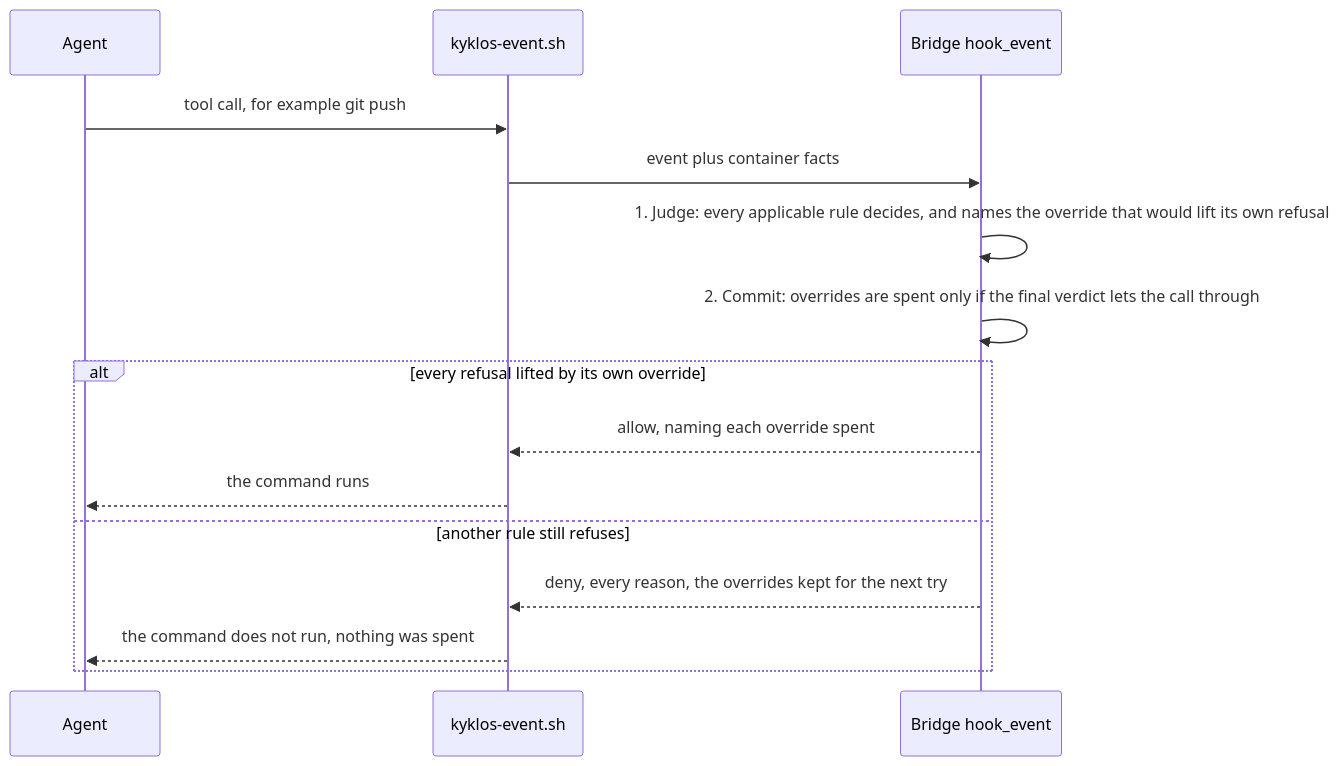
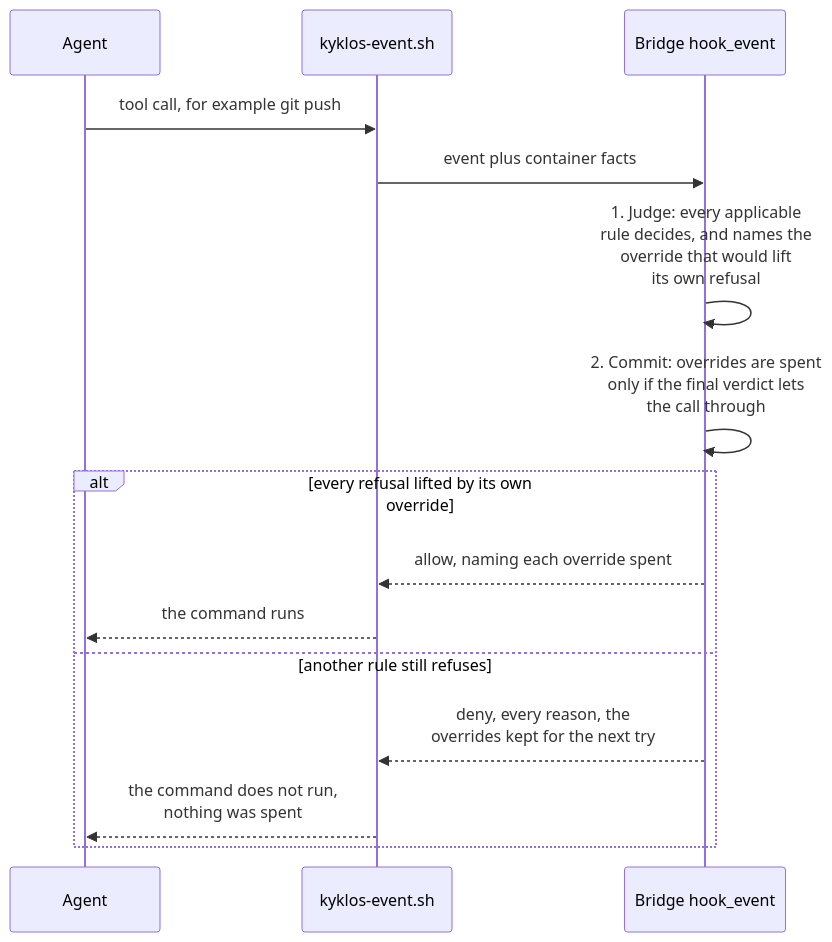
One commit to DogmaSolutions/Kyklos changed the third of 3 diagrams in docs/WORKFLOW.md. Above: the diagram before and after it, drawn with Mermaid. The commit also changed other lines of this file and 38 other files, not shown here.

````diff
--- a/docs/WORKFLOW.md
+++ b/docs/WORKFLOW.md
@@ -225,17 +225,17 @@
 ```mermaid
 sequenceDiagram
     participant Agent
     participant Hook as kyklos-event.sh
     participant Bridge as Bridge hook_event
     Agent->>Hook: tool call, for example git push
     Hook->>Bridge: event plus container facts
-    Bridge->>Bridge: 1. Judge: every applicable rule decides, and names the override that would lift its own refusal
-    Bridge->>Bridge: 2. Commit: overrides are spent only if the final verdict lets the call through
+    Bridge->>Bridge: 1. Judge: every applicable<br/>rule decides, and names the<br/>override that would lift<br/>its own refusal
+    Bridge->>Bridge: 2. Commit: overrides are spent<br/>only if the final verdict lets<br/>the call through
     alt every refusal lifted by its own override
         Bridge-->>Hook: allow, naming each override spent
         Hook-->>Agent: the command runs
     else another rule still refuses
-        Bridge-->>Hook: deny, every reason, the overrides kept for the next try
-        Hook-->>Agent: the command does not run, nothing was spent
+        Bridge-->>Hook: deny, every reason, the<br/>overrides kept for the next try
+        Hook-->>Agent: the command does not run,<br/>nothing was spent
     end
 ```
````
